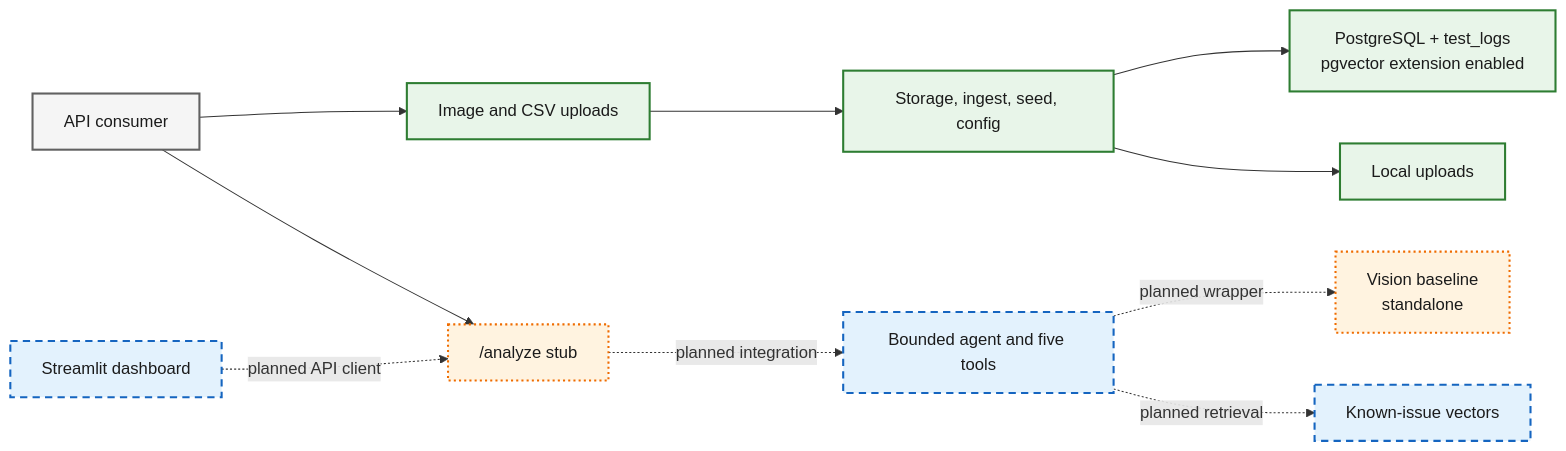
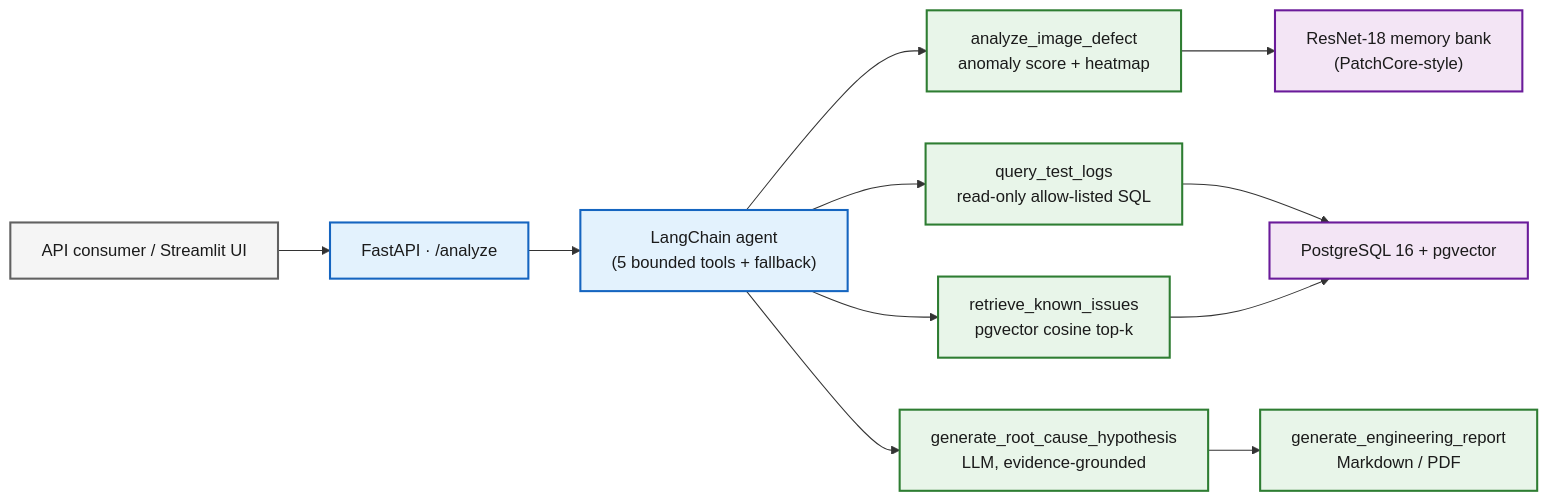
Before and after one commit to umynameislove/FactoryLens: the diagram in README.md, drawn with Mermaid. The commit also changed other lines of this file, not shown here.

Commit message:
Rewrite README with current architecture, usage, and evaluation

````diff
--- a/README.md
+++ b/README.md
@@ -88,28 +47,26 @@
 ```mermaid
 flowchart LR
-    Client["API consumer"]:::external
-    Uploads["Image and CSV uploads"]:::implemented
-    Analyze["/analyze stub"]:::stub
-    Services["Storage, ingest, seed, config"]:::implemented
-    DB["PostgreSQL + test_logs<br/>pgvector extension enabled"]:::implemented
-    Files["Local uploads"]:::implemented
-    Vision["Vision baseline<br/>standalone"]:::stub
-    Agent["Bounded agent and five tools"]:::planned
-    Vectors["Known-issue vectors"]:::planned
-    UI["Streamlit dashboard"]:::planned
+    Client["API consumer / Streamlit UI"]:::external
+    API["FastAPI · /analyze"]:::core
+    Agent["LangChain agent<br/>(5 bounded tools + fallback)"]:::core
 
-    Client --> Uploads
-    Client --> Analyze
-    Uploads --> Services
-    Services --> DB
-    Services --> Files
-    Analyze -. "planned integration" .-> Agent
-    Agent -. "planned wrapper" .-> Vision
-    Agent -. "planned retrieval" .-> Vectors
-    UI -. "planned API client" .-> Analyze
+    Image["analyze_image_defect<br/>anomaly score + heatmap"]:::tool
+    Logs["query_test_logs<br/>read-only allow-listed SQL"]:::tool
+    Retrieve["retrieve_known_issues<br/>pgvector cosine top-k"]:::tool
+    Root["generate_root_cause_hypothesis<br/>LLM, evidence-grounded"]:::tool
+    Report["generate_engineering_report<br/>Markdown / PDF"]:::tool
 
-    classDef implemented fill:#e8f5e9,stroke:#2e7d32,stroke-width:2px,color:#1b1b1b;
-    classDef stub fill:#fff3e0,stroke:#ef6c00,stroke-width:2px,stroke-dasharray:2 3,color:#1b1b1b;
-    classDef planned fill:#e3f2fd,stroke:#1565c0,stroke-width:2px,stroke-dasharray:7 5,color:#1b1b1b;
+    DB["PostgreSQL 16 + pgvector"]:::infra
+    Vision["ResNet-18 memory bank<br/>(PatchCore-style)"]:::infra
+
+    Client --> API --> Agent
+    Agent --> Image --> Vision
+    Agent --> Logs --> DB
+    Agent --> Retrieve --> DB
+    Agent --> Root --> Report
+
+    classDef core fill:#e3f2fd,stroke:#1565c0,stroke-width:2px,color:#1b1b1b;
+    classDef tool fill:#e8f5e9,stroke:#2e7d32,stroke-width:2px,color:#1b1b1b;
+    classDef infra fill:#f3e5f5,stroke:#6a1b9a,stroke-width:2px,color:#1b1b1b;
     classDef external fill:#f5f5f5,stroke:#616161,stroke-width:2px,color:#1b1b1b;
 ```
````
